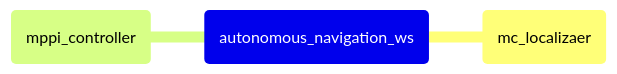
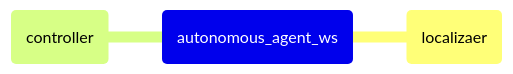
The diagram in README.md (wontothree/autonomous_air_purifier_ws), drawn with Mermaid before and after one commit. The commit also changed other lines of this file and 14 other files, not shown here.

````diff
--- a/README.md
+++ b/README.md
@@ -37,6 +27,6 @@
 ```mermaid
 mindmap
-  root(autonomous_navigation_ws)
-    (mc_localizaer)
-    (mppi_controller)
+  root(autonomous_agent_ws)
+    (localizaer)
+    (controller)
 ```
````
